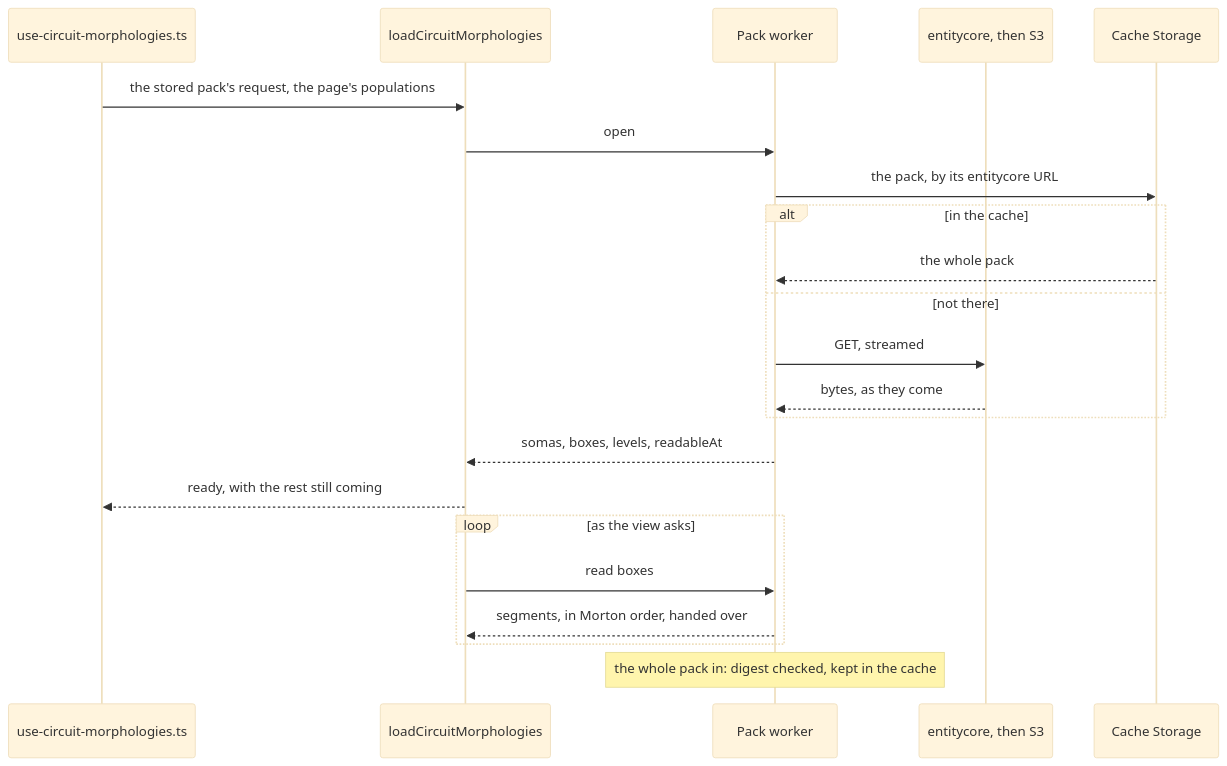
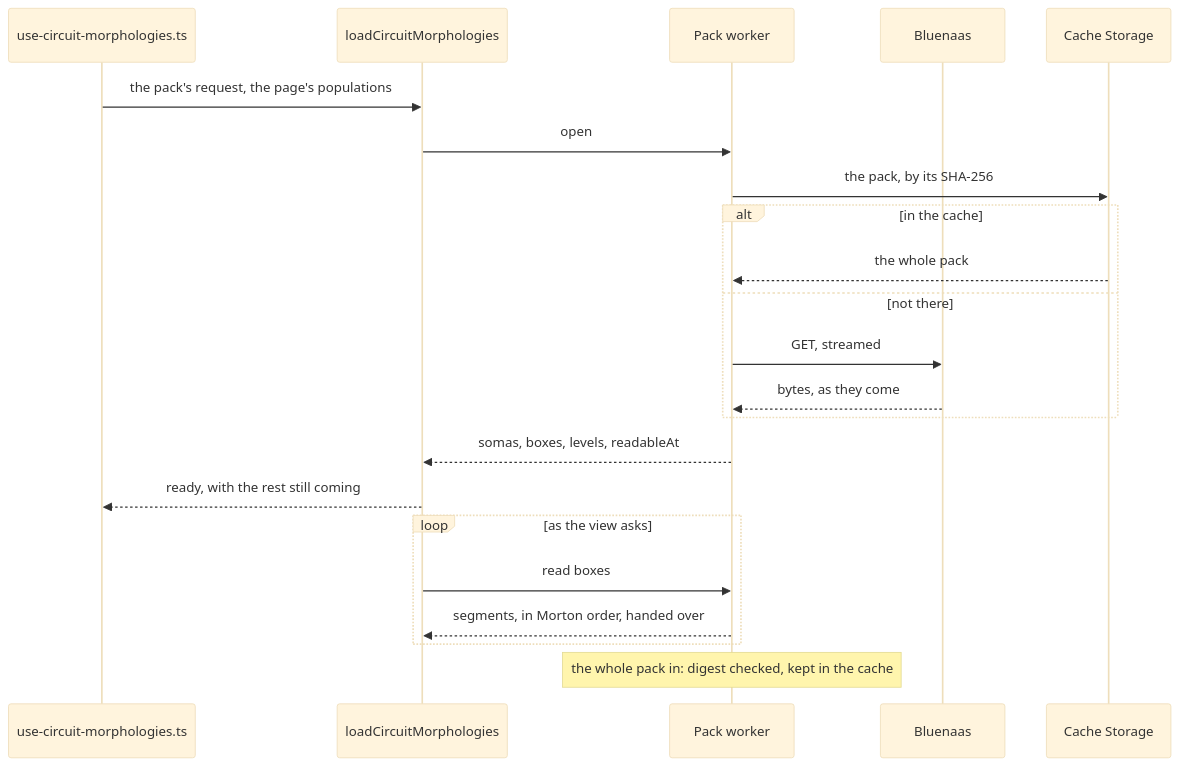
One commit to openbraininstitute/core-web-app changed the diagram in src/features/circuit-viewer/morphologies/load/README.md. Above: the diagram before and after it, drawn with Mermaid (base theme). The commit also changed other lines of this file and 23 other files, not shown here.

First line of the commit message:
Ask Bluenaas for a circuit's morphology pack

````diff
--- a/src/features/circuit-viewer/morphologies/load/README.md
+++ b/src/features/circuit-viewer/morphologies/load/README.md
@@ -9,25 +9,25 @@
 ```mermaid
 sequenceDiagram
   participant Hook as use-circuit-morphologies.ts
   participant Load as loadCircuitMorphologies
   participant W as Pack worker
-  participant Net as entitycore, then S3
+  participant Net as Bluenaas
   participant Cache as Cache Storage
 
-  Hook->>Load: the stored pack's request, the page's populations
+  Hook->>Load: the pack's request, the page's populations
   Load->>W: open
-  W->>Cache: the pack, by its entitycore URL
+  W->>Cache: the pack, by its SHA-256
   alt in the cache
     Cache-->>W: the whole pack
   else not there
     W->>Net: GET, streamed
     Net-->>W: bytes, as they come
   end
   W-->>Load: somas, boxes, levels, readableAt
   Load-->>Hook: ready, with the rest still coming
   loop as the view asks
     Load->>W: read boxes
     W-->>Load: segments, in Morton order, handed over
   end
   Note over W: the whole pack in: digest checked, kept in the cache
 ```
````
